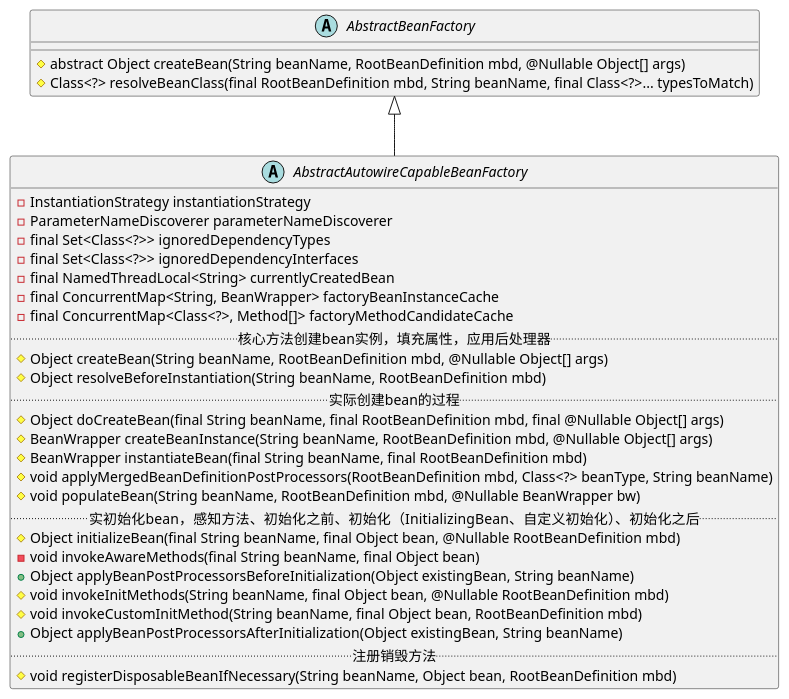
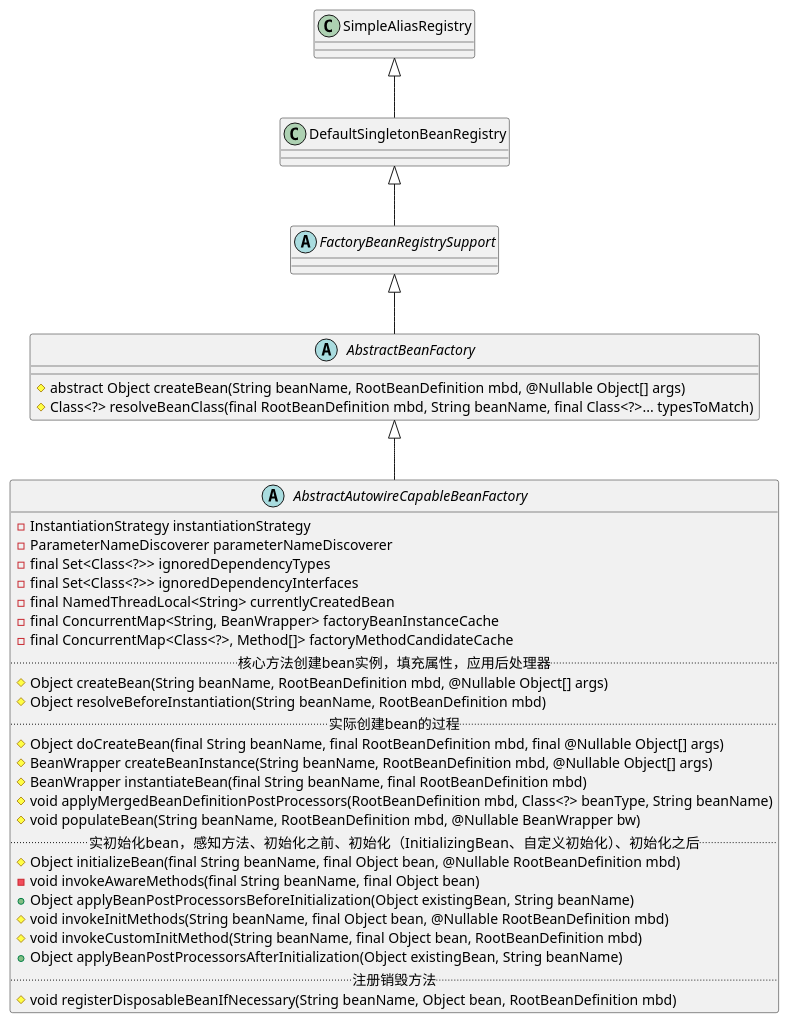
One commit to onlyonion/development changed the first of 4 diagrams in 20-framework/src/spring/spring-beans/factory/support/AbstractAutowireCapableBeanFactory.md. Above: the diagram before and after it, drawn with PlantUML. The commit also changed 15 other files, not shown here.

````diff
--- a/20-framework/src/spring/spring-beans/factory/support/AbstractAutowireCapableBeanFactory.md
+++ b/20-framework/src/spring/spring-beans/factory/support/AbstractAutowireCapableBeanFactory.md
@@ -17,41 +17,49 @@
 ```plantuml
 @startuml
+
+class SimpleAliasRegistry
+
+class DefaultSingletonBeanRegistry
+SimpleAliasRegistry ^-- DefaultSingletonBeanRegistry
+
+abstract class FactoryBeanRegistrySupport
+DefaultSingletonBeanRegistry ^-- FactoryBeanRegistrySupport
 
 abstract class AbstractBeanFactory {
     # abstract Object createBean(String beanName, RootBeanDefinition mbd, @Nullable Object[] args)
     # Class<?> resolveBeanClass(final RootBeanDefinition mbd, String beanName, final Class<?>... typesToMatch)
 }
-
+FactoryBeanRegistrySupport ^-- AbstractBeanFactory 
 
 abstract class AbstractAutowireCapableBeanFactory {
     - InstantiationStrategy instantiationStrategy
     - ParameterNameDiscoverer parameterNameDiscoverer
     - final Set<Class<?>> ignoredDependencyTypes
     - final Set<Class<?>> ignoredDependencyInterfaces
     - final NamedThreadLocal<String> currentlyCreatedBean
     - final ConcurrentMap<String, BeanWrapper> factoryBeanInstanceCache
     - final ConcurrentMap<Class<?>, Method[]> factoryMethodCandidateCache
     .. 核心方法创建bean实例，填充属性，应用后处理器 ..
     # Object createBean(String beanName, RootBeanDefinition mbd, @Nullable Object[] args)
     # Object resolveBeforeInstantiation(String beanName, RootBeanDefinition mbd)
     .. 实际创建bean的过程 ..
     # Object doCreateBean(final String beanName, final RootBeanDefinition mbd, final @Nullable Object[] args)
     # BeanWrapper createBeanInstance(String beanName, RootBeanDefinition mbd, @Nullable Object[] args)
     # BeanWrapper instantiateBean(final String beanName, final RootBeanDefinition mbd)
     # void applyMergedBeanDefinitionPostProcessors(RootBeanDefinition mbd, Class<?> beanType, String beanName)
     # void populateBean(String beanName, RootBeanDefinition mbd, @Nullable BeanWrapper bw)
     .. 实初始化bean，感知方法、初始化之前、初始化（InitializingBean、自定义初始化）、初始化之后 ..
     # Object initializeBean(final String beanName, final Object bean, @Nullable RootBeanDefinition mbd)
     - void invokeAwareMethods(final String beanName, final Object bean)
     + Object applyBeanPostProcessorsBeforeInitialization(Object existingBean, String beanName)
     # void invokeInitMethods(String beanName, final Object bean, @Nullable RootBeanDefinition mbd)
     # void invokeCustomInitMethod(String beanName, final Object bean, RootBeanDefinition mbd)
     + Object applyBeanPostProcessorsAfterInitialization(Object existingBean, String beanName)
     .. 注册销毁方法 ..
     # void registerDisposableBeanIfNecessary(String beanName, Object bean, RootBeanDefinition mbd)
 }
 
 AbstractBeanFactory <|-- AbstractAutowireCapableBeanFactory
 
 @enduml
 ```
````
